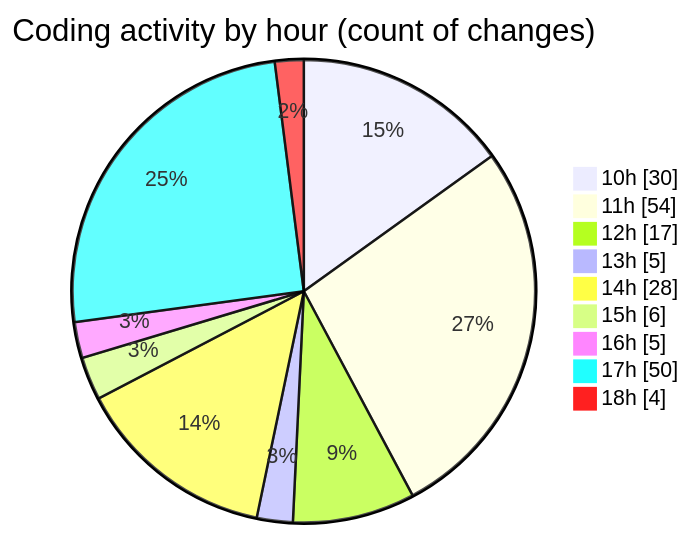
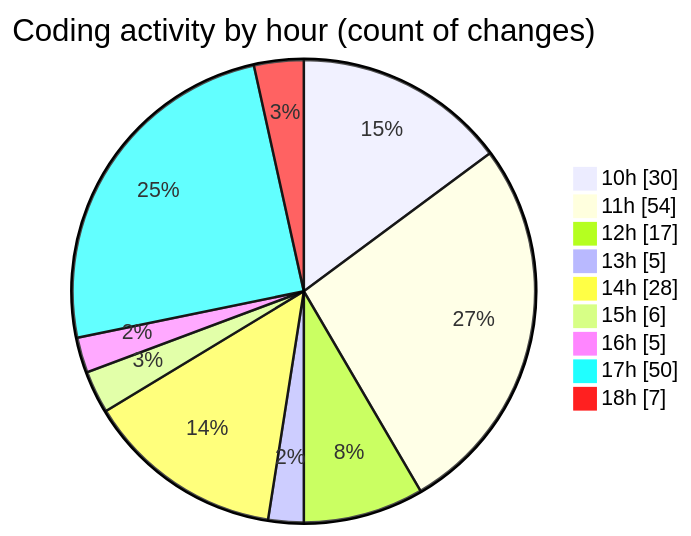
One commit to momahboobian/code-tracking changed the second of 2 diagrams in 2025-05-01/cda/README.md. Above: the diagram before and after it, drawn with Mermaid. The commit also changed other lines of this file and 1 other file, not shown here.

````diff
--- a/2025-05-01/cda/README.md
+++ b/2025-05-01/cda/README.md
@@ -46,13 +47,13 @@
 ```mermaid
 pie showData
 title Coding activity by hour (count of changes)
 "10h" : 30
 "11h" : 54
 "12h" : 17
 "13h" : 5
 "14h" : 28
 "15h" : 6
 "16h" : 5
 "17h" : 50
-"18h" : 4
+"18h" : 7
 ```
````
